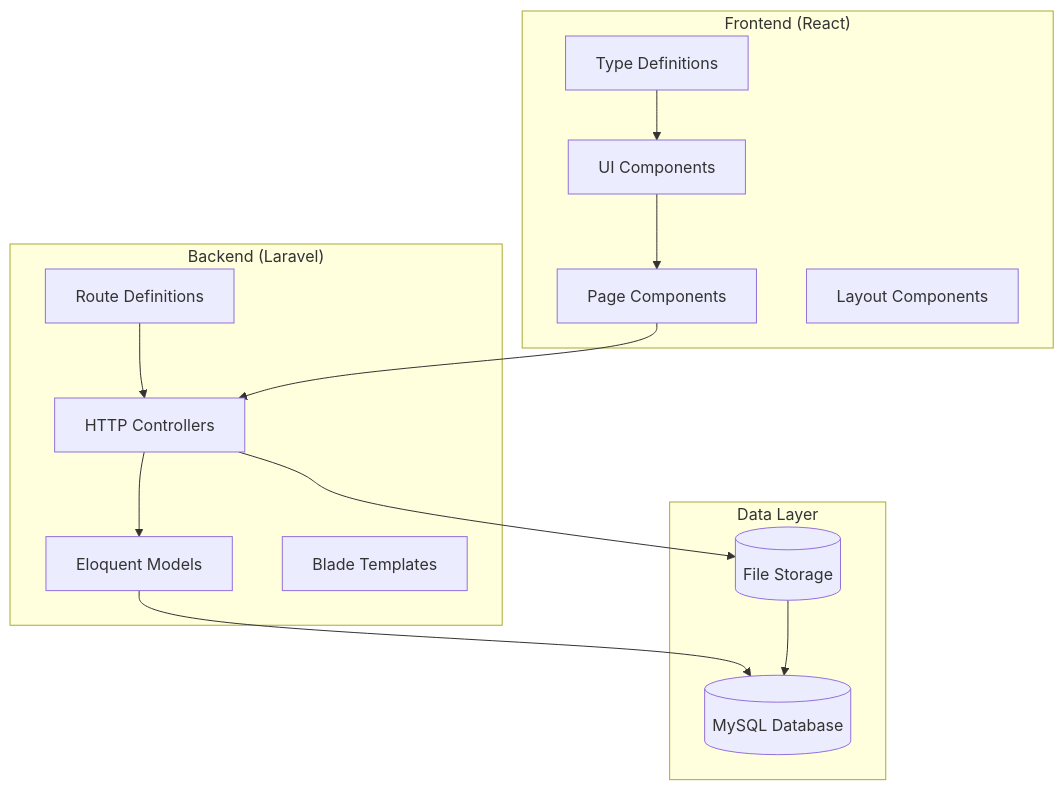
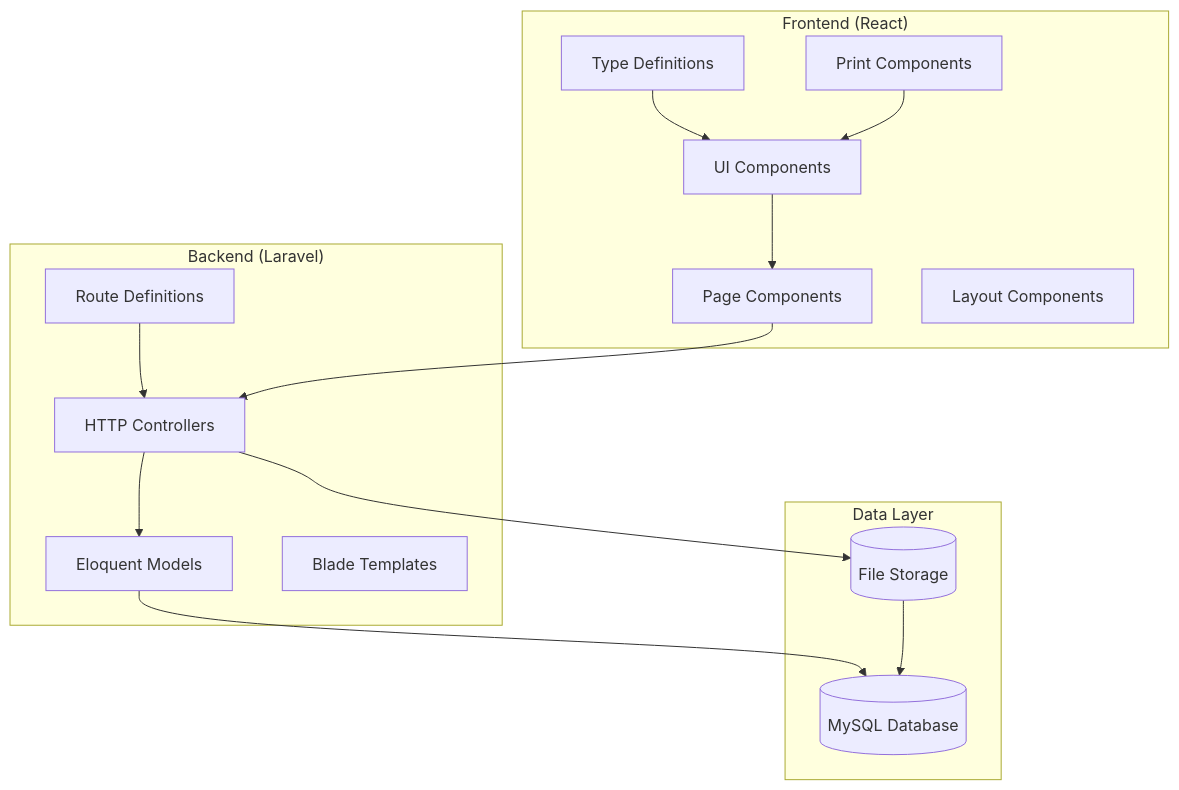
One commit to vincet0t15/template changed the first of 11 diagrams in .qoder/repowiki/en/content/Employee Management/Employee Reports Dashboard.md. Above: the diagram before and after it, drawn with Mermaid. The commit also changed other lines of this file and 11 other files, not shown here.

````diff
--- a/.qoder/repowiki/en/content/Employee Management/Employee Reports Dashboard.md
+++ b/.qoder/repowiki/en/content/Employee Management/Employee Reports Dashboard.md
@@ -37,27 +50,29 @@
 ```mermaid
 graph TB
 subgraph "Backend (Laravel)"
 Controllers[HTTP Controllers]
 Models[Eloquent Models]
 Routes[Route Definitions]
 Views[Blade Templates]
 end
 subgraph "Frontend (React)"
 Pages[Page Components]
 Components[UI Components]
 Types[Type Definitions]
 Layouts[Layout Components]
+PrintSystem[Print Components]
 end
 subgraph "Data Layer"
 Database[(MySQL Database)]
 Storage[(File Storage)]
 end
 Controllers --> Models
 Models --> Database
 Routes --> Controllers
 Pages --> Controllers
 Components --> Pages
 Types --> Components
 Controllers --> Storage
 Storage --> Database
+PrintSystem --> Components
 ```
````
